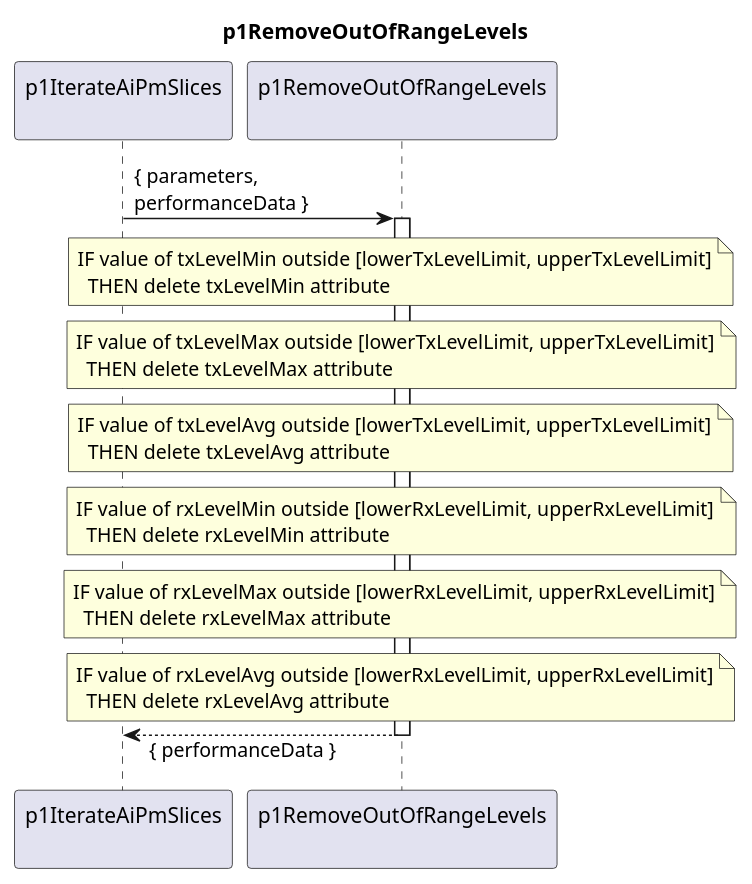
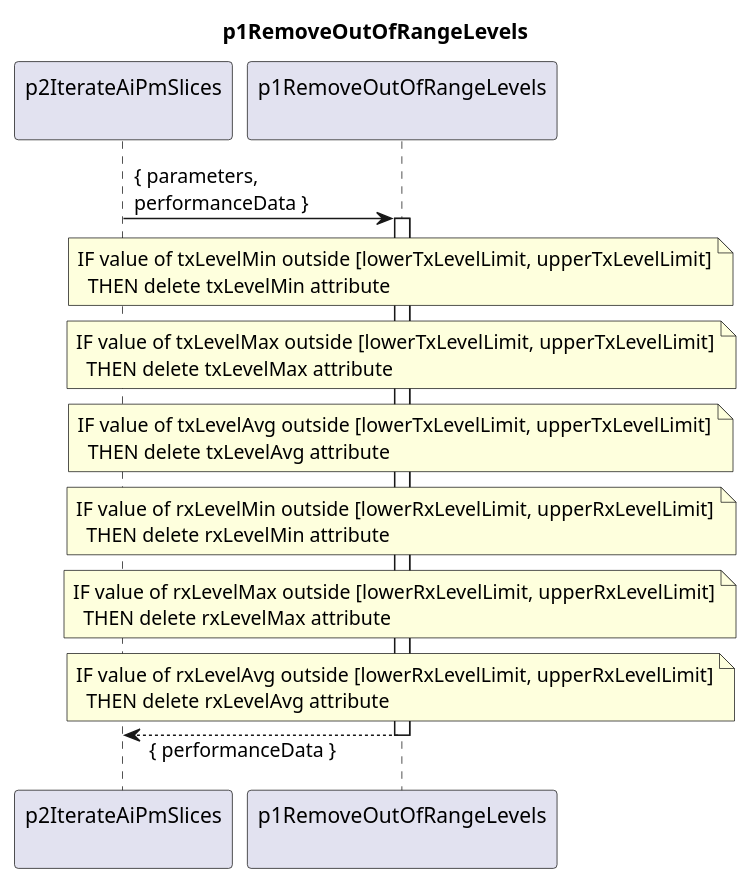
The diagram in spec/Functions/p1StreamPmData/p2ProcessDevice/p2CreateResultCc/p2IterateAiPmSlices/p1RemoveOutOfRangeLevels/1.0.0/p1RemoveOutOfRangeLevels.plantuml (openBackhaul/DevicePerformanceManagementDataProcessor), drawn with PlantUML before and after one commit. The commit also changed 16 other files, not shown here.

Commit message:
Fix couple of glitches; update diagrams

```diff
--- a/spec/Functions/p1StreamPmData/p2ProcessDevice/p2CreateResultCc/p2IterateAiPmSlices/p1RemoveOutOfRangeLevels/1.0.0/p1RemoveOutOfRangeLevels.plantuml
+++ b/spec/Functions/p1StreamPmData/p2ProcessDevice/p2CreateResultCc/p2IterateAiPmSlices/p1RemoveOutOfRangeLevels/1.0.0/p1RemoveOutOfRangeLevels.plantuml
@@ -1,48 +1,48 @@
 @startuml p1RemoveOutOfRangeLevels
 skinparam responseMessageBelowArrow true
 
 title
   p1RemoveOutOfRangeLevels
 end title
 
-participant "p1IterateAiPmSlices\n" as requestor
+participant "p2IterateAiPmSlices\n" as requestor
 participant "p1RemoveOutOfRangeLevels\n" as removeLevels
 
 
   requestor -> removeLevels : { parameters,\nperformanceData }
   activate removeLevels
 
     note over removeLevels
       IF value of txLevelMin outside [lowerTxLevelLimit, upperTxLevelLimit]
         THEN delete txLevelMin attribute
     end note
 
     note over removeLevels
       IF value of txLevelMax outside [lowerTxLevelLimit, upperTxLevelLimit]
         THEN delete txLevelMax attribute
     end note
 
     note over removeLevels
       IF value of txLevelAvg outside [lowerTxLevelLimit, upperTxLevelLimit]
         THEN delete txLevelAvg attribute
     end note
 
     note over removeLevels
       IF value of rxLevelMin outside [lowerRxLevelLimit, upperRxLevelLimit]
         THEN delete rxLevelMin attribute
     end note
 
     note over removeLevels
       IF value of rxLevelMax outside [lowerRxLevelLimit, upperRxLevelLimit]
         THEN delete rxLevelMax attribute
     end note
 
     note over removeLevels
       IF value of rxLevelAvg outside [lowerRxLevelLimit, upperRxLevelLimit]
         THEN delete rxLevelAvg attribute
     end note
 
   requestor <-- removeLevels: { performanceData }
   deactivate removeLevels
 
 @enduml
```
